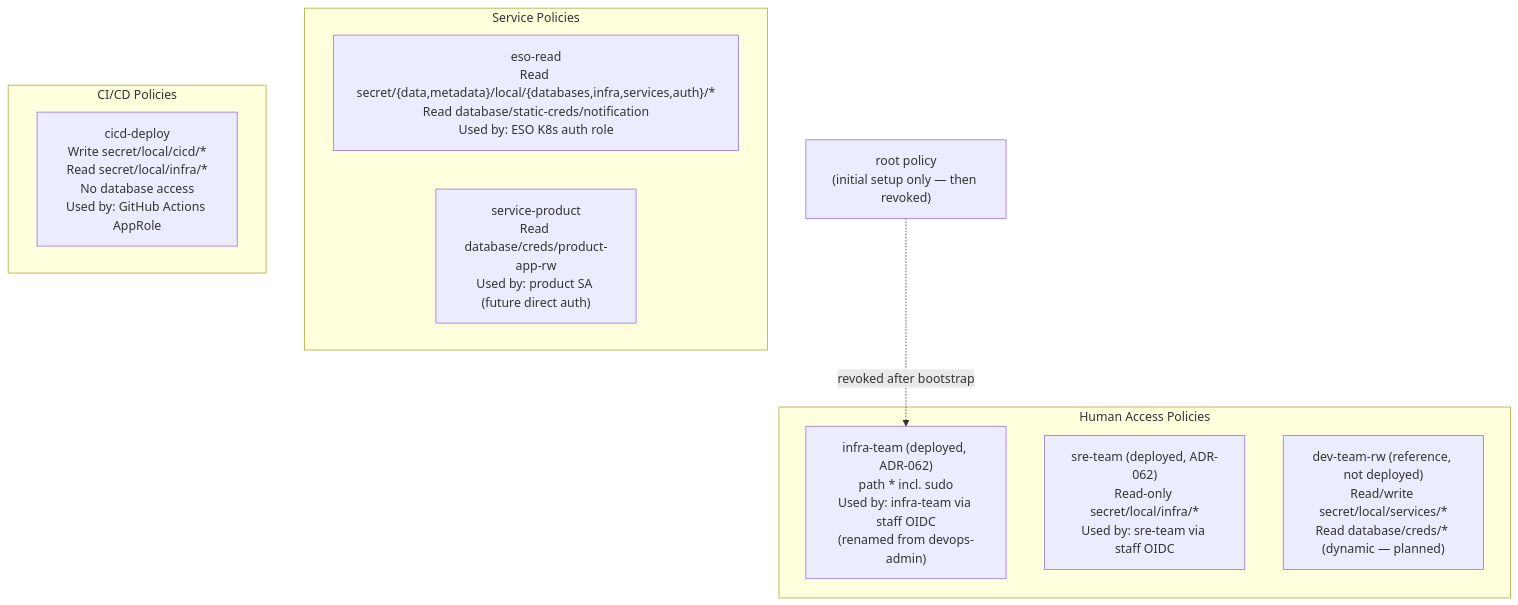
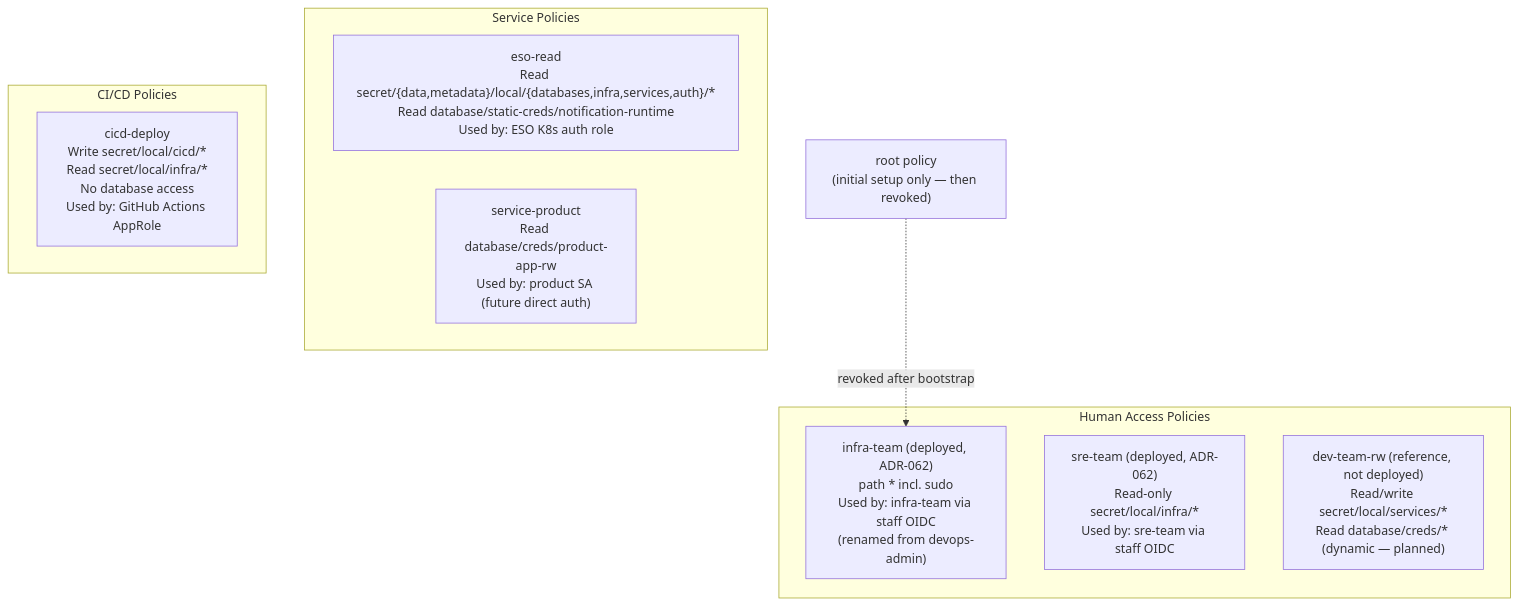
Diagram 16 of 19 in docs/secrets/openbao.md (duynhlab/homelab), drawn with Mermaid before and after one commit. The commit also changed other lines of this file and 63 other files, not shown here.

````diff
--- a/docs/secrets/openbao.md
+++ b/docs/secrets/openbao.md
@@ -844,22 +845,22 @@
 ```mermaid
 flowchart TD
     root_policy["root policy\n(initial setup only — then revoked)"]
 
     subgraph human["Human Access Policies"]
         devops_admin["infra-team (deployed, ADR-062)\npath * incl. sudo\nUsed by: infra-team via staff OIDC\n(renamed from devops-admin)"]
         sre_ro["sre-team (deployed, ADR-062)\nRead-only secret/local/infra/*\nUsed by: sre-team via staff OIDC"]
         dev_rw["dev-team-rw (reference, not deployed)\nRead/write secret/local/services/*\nRead database/creds/* (dynamic — planned)"]
     end
 
     subgraph service["Service Policies"]
-        eso_read["eso-read\nRead secret/{data,metadata}/local/{databases,infra,services,auth}/*\nRead database/static-creds/notification\nUsed by: ESO K8s auth role"]
+        eso_read["eso-read\nRead secret/{data,metadata}/local/{databases,infra,services,auth}/*\nRead database/static-creds/notification-runtime\nUsed by: ESO K8s auth role"]
         svc_product["service-product\nRead database/creds/product-app-rw\nUsed by: product SA (future direct auth)"]
     end
 
     subgraph cicd["CI/CD Policies"]
         cicd_deploy["cicd-deploy\nWrite secret/local/cicd/*\nRead secret/local/infra/*\nNo database access\nUsed by: GitHub Actions AppRole"]
     end
 
     root_policy -.->|"revoked after bootstrap"| devops_admin
     devops_admin & sre_ro & dev_rw & eso_read & svc_product & cicd_deploy
 ```
````
